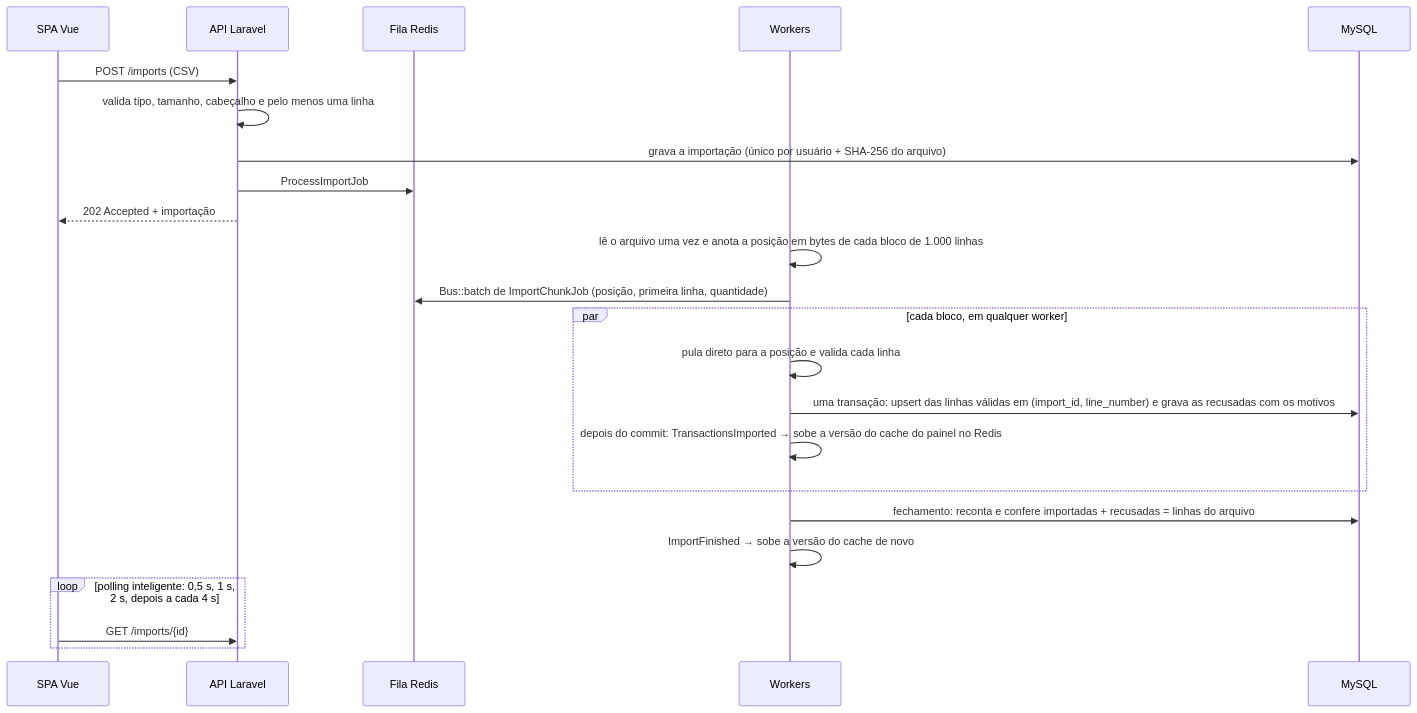
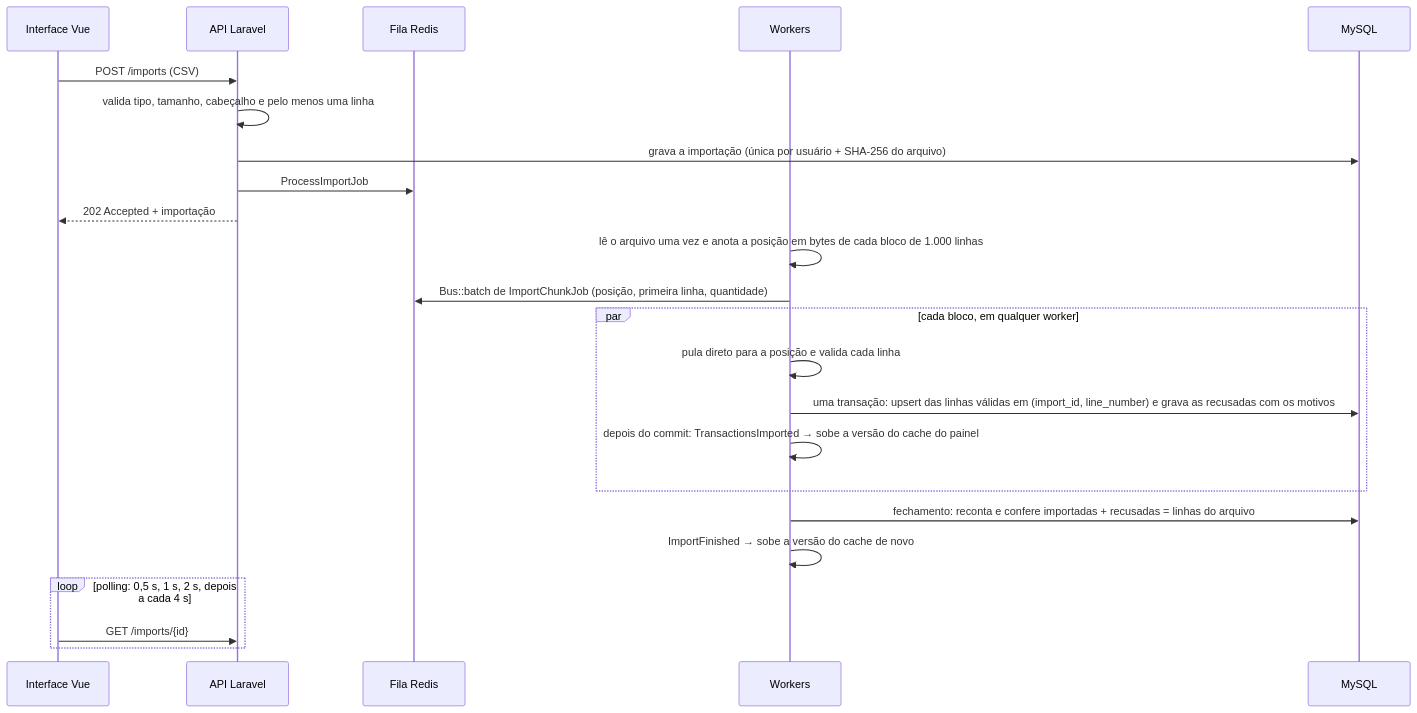
One commit to filipelira1/financial-import changed the diagram in README.md. Above: the diagram before and after it, drawn with Mermaid. The commit also changed other lines of this file and 7 other files, not shown here.

````diff
--- a/README.md
+++ b/README.md
@@ -169,26 +127,26 @@
 ```mermaid
 sequenceDiagram
-    participant SPA as SPA Vue
+    participant SPA as Interface Vue
     participant API as API Laravel
     participant Q as Fila Redis
     participant W as Workers
     participant DB as MySQL
 
     SPA->>API: POST /imports (CSV)
     API->>API: valida tipo, tamanho, cabeçalho e pelo menos uma linha
-    API->>DB: grava a importação (único por usuário + SHA-256 do arquivo)
+    API->>DB: grava a importação (única por usuário + SHA-256 do arquivo)
     API->>Q: ProcessImportJob
     API-->>SPA: 202 Accepted + importação
     W->>W: lê o arquivo uma vez e anota a posição em bytes de cada bloco de 1.000 linhas
     W->>Q: Bus::batch de ImportChunkJob (posição, primeira linha, quantidade)
     par cada bloco, em qualquer worker
         W->>W: pula direto para a posição e valida cada linha
         W->>DB: uma transação: upsert das linhas válidas em (import_id, line_number) e grava as recusadas com os motivos
-        W->>W: depois do commit: TransactionsImported → sobe a versão do cache do painel no Redis
+        W->>W: depois do commit: TransactionsImported → sobe a versão do cache do painel
     end
     W->>DB: fechamento: reconta e confere importadas + recusadas = linhas do arquivo
     W->>W: ImportFinished → sobe a versão do cache de novo
-    loop polling inteligente: 0,5 s, 1 s, 2 s, depois a cada 4 s
+    loop polling: 0,5 s, 1 s, 2 s, depois a cada 4 s
         SPA->>API: GET /imports/{id}
     end
 ```
````
